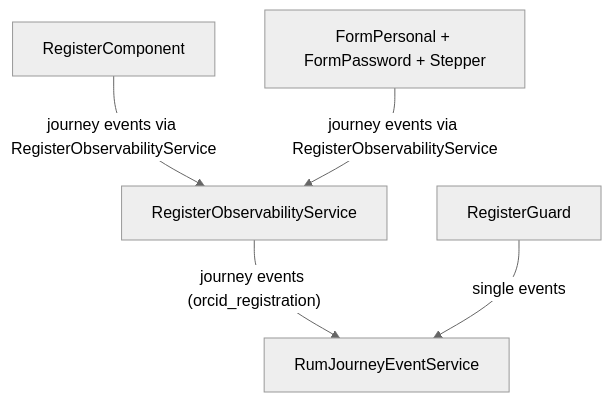
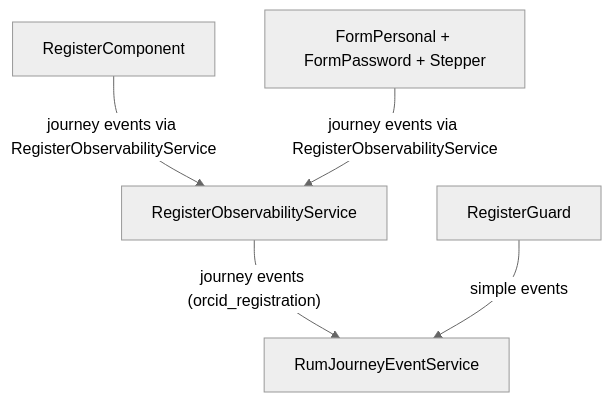
Before and after one commit to ORCID/orcid-angular: the diagram in src/app/rum/registration-observability.md, drawn with Mermaid (neutral theme). The commit also changed other lines of this file and 3 other files, not shown here.

````diff
--- a/src/app/rum/registration-observability.md
+++ b/src/app/rum/registration-observability.md
@@ -32,7 +32,7 @@
 ```mermaid
 flowchart TD
   RegisterComponent["RegisterComponent"] -->|"journey events via RegisterObservabilityService"| RegisterObs["RegisterObservabilityService"]
   FormComponents["FormPersonal + FormPassword + Stepper"] -->|"journey events via RegisterObservabilityService"| RegisterObs
   RegisterObs -->|"journey events (orcid_registration)"| RumService["RumJourneyEventService"]
-  RegisterGuard["RegisterGuard"] -->|"single events"| RumService
+  RegisterGuard["RegisterGuard"] -->|"simple events"| RumService
 ```
````
